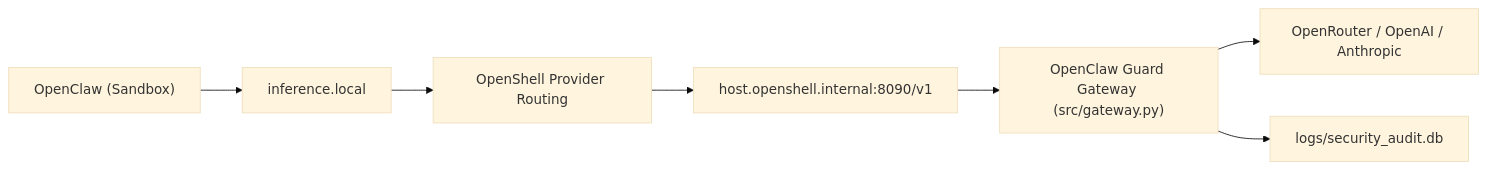
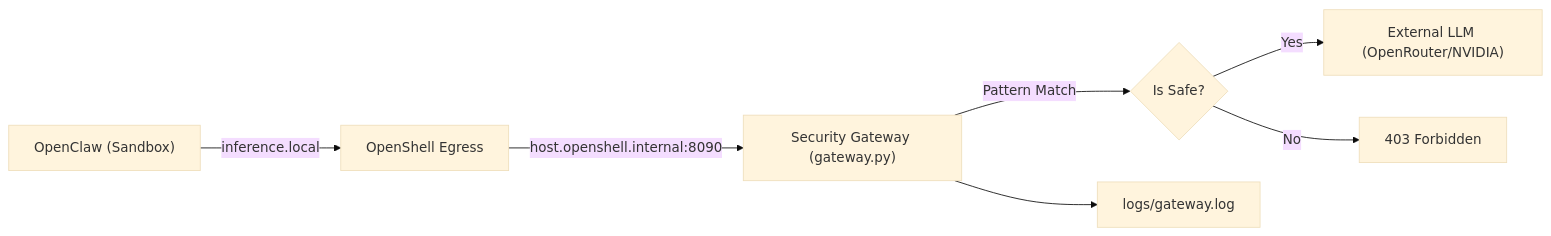
The diagram in README.md (bforecast/openclaw-guard), drawn with Mermaid (base theme) before and after one commit. The commit also changed other lines of this file and 5 other files, not shown here.

````diff
--- a/README.md
+++ b/README.md
@@ -16,9 +12,9 @@
 ```mermaid
 flowchart LR
-    A["OpenClaw (Sandbox)"] --> B["inference.local"]
-    B --> C["OpenShell Provider Routing"]
-    C --> D["host.openshell.internal:8090/v1"]
-    D --> E["OpenClaw Guard Gateway (src/gateway.py)"]
-    E --> F["OpenRouter / OpenAI / Anthropic"]
-    E --> G["logs/security_audit.db"]
+    A["OpenClaw (Sandbox)"] -->|inference.local| B["OpenShell Egress"]
+    B -->|host.openshell.internal:8090| C["Security Gateway (gateway.py)"]
+    C -->|Pattern Match| D{Is Safe?}
+    D -->|Yes| E["External LLM (OpenRouter/NVIDIA)"]
+    D -->|No| F["403 Forbidden"]
+    C --> G["logs/gateway.log"]
 ```
````
